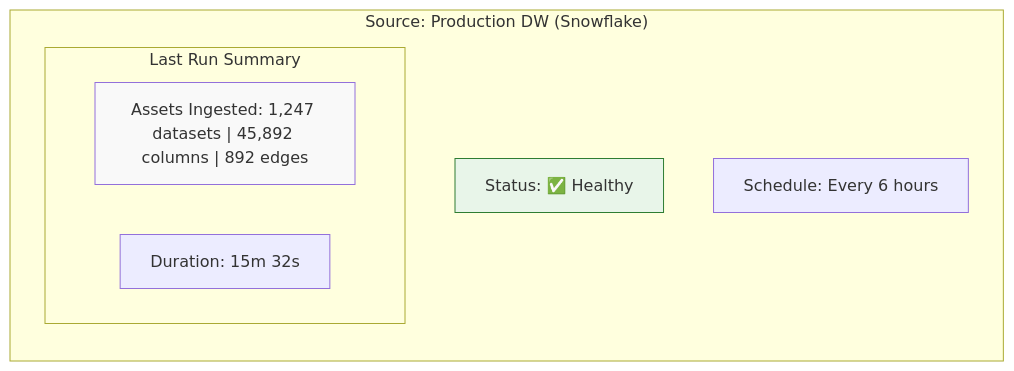
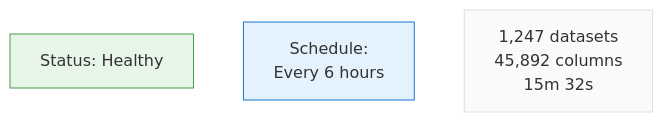
One commit to karan0207/datahub changed the eighth of 8 diagrams in docs/tutorial-basics/ui-tour.md. Above: the diagram before and after it, drawn with Mermaid. The commit also changed other lines of this file and 7 other files, not shown here.

Commit message:
feat: updated graph chart

````diff
--- a/docs/tutorial-basics/ui-tour.md
+++ b/docs/tutorial-basics/ui-tour.md
@@ -253,16 +208,12 @@
 ```mermaid
-graph TD
-    subgraph "Source: Production DW (Snowflake)"
-        direction TB
-        Status["Status: ✅ Healthy"]
-        Schedule["Schedule: Every 6 hours"]
-        
-        subgraph "Last Run Summary"
-            Assets["Assets Ingested: 1,247 datasets | 45,892 columns | 892 edges"]
-            Time["Duration: 15m 32s"]
-        end
-    end
+flowchart LR
+    Status["Status: Healthy"]
+    Schedule["Schedule:<br/>Every 6 hours"]
+    Stats["1,247 datasets<br/>45,892 columns<br/>15m 32s"]
 
-    style Status fill:#e8f5e9,stroke:#2e7d32
-    style Assets fill:#f9f9f9
+    Status ~~~ Schedule ~~~ Stats
+
+    style Status fill:#e8f5e9,stroke:#43a047
+    style Schedule fill:#e3f2fd,stroke:#1976d2
+    style Stats fill:#fafafa,stroke:#e0e0e0
 ```
````
